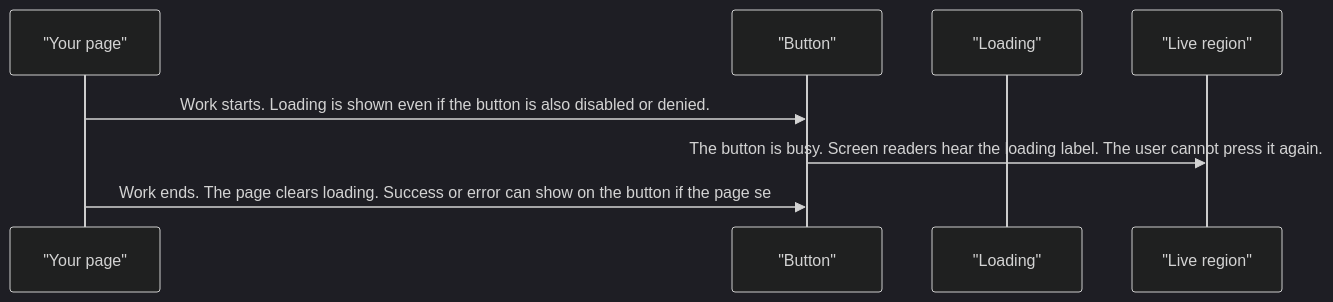
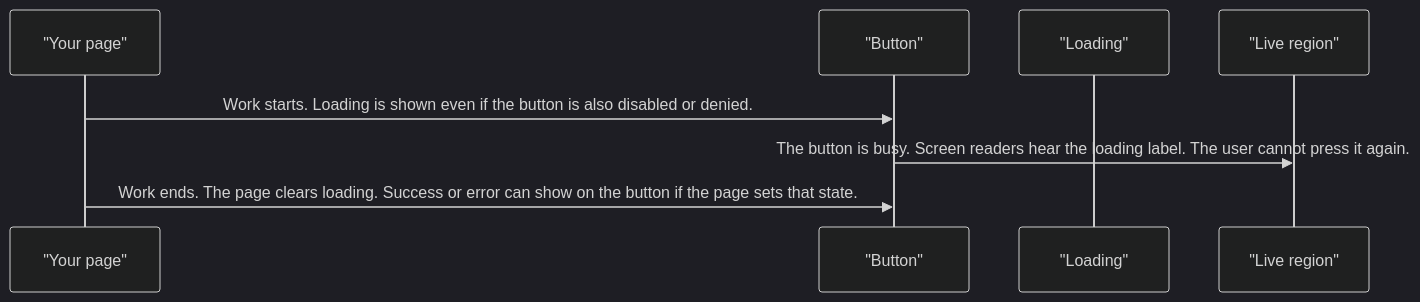
One commit to RajshekharBorate/pixel-ui changed the fourth of 8 diagrams in projects/pixel-ui/src/lib/pixel-button/DESIGN.md. Above: the diagram before and after it, drawn with Mermaid (dark theme). The commit also changed other lines of this file and 80 other files, not shown here.

Commit message:
Fill missing design flows and correct the stories that did not match component behavior.

````diff
--- a/projects/pixel-ui/src/lib/pixel-button/DESIGN.md
+++ b/projects/pixel-ui/src/lib/pixel-button/DESIGN.md
@@ -96,10 +102,10 @@
 ```mermaid
 sequenceDiagram
   participant page as "Your page"
   participant button as "Button"
   participant loading as "Loading"
   participant live as "Live region"
   page->>button: Work starts. Loading is shown even if the button is also disabled or denied.
   button->>live: The button is busy. Screen readers hear the loading label. The user cannot press it again.
-  page->>button: Work ends. The page clears loading. Success or error can show on the button if the page se
+  page->>button: Work ends. The page clears loading. Success or error can show on the button if the page sets that state.
 ```
````
